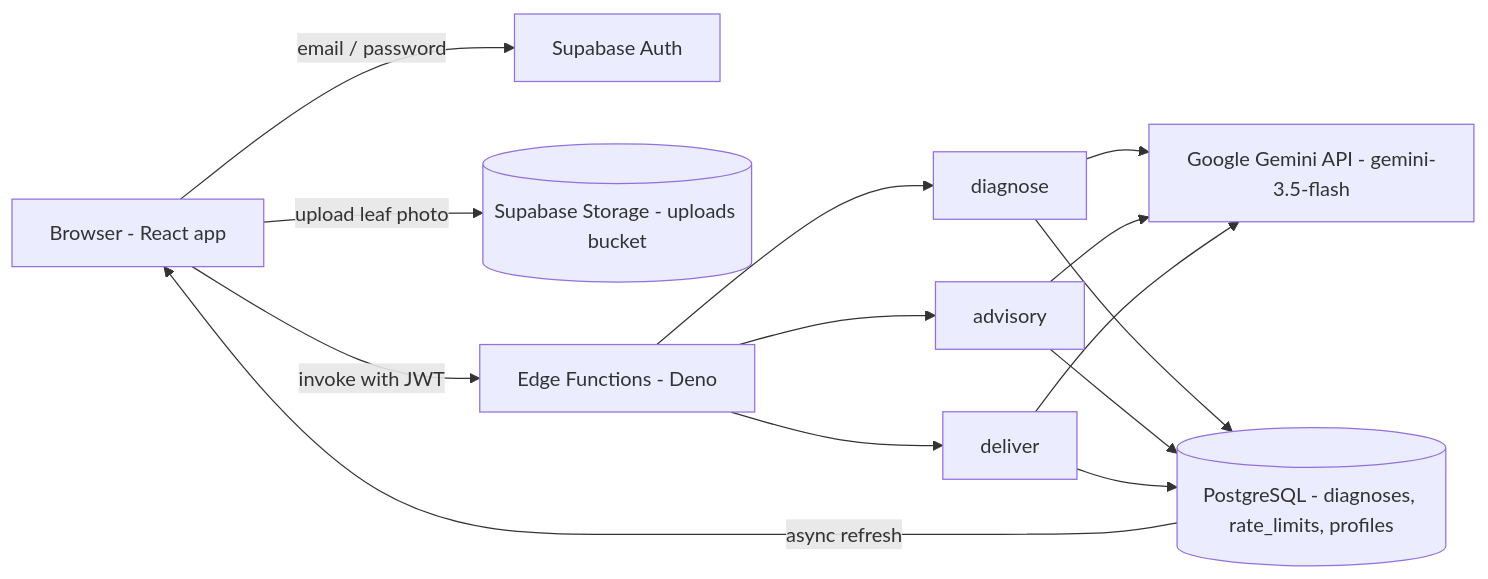
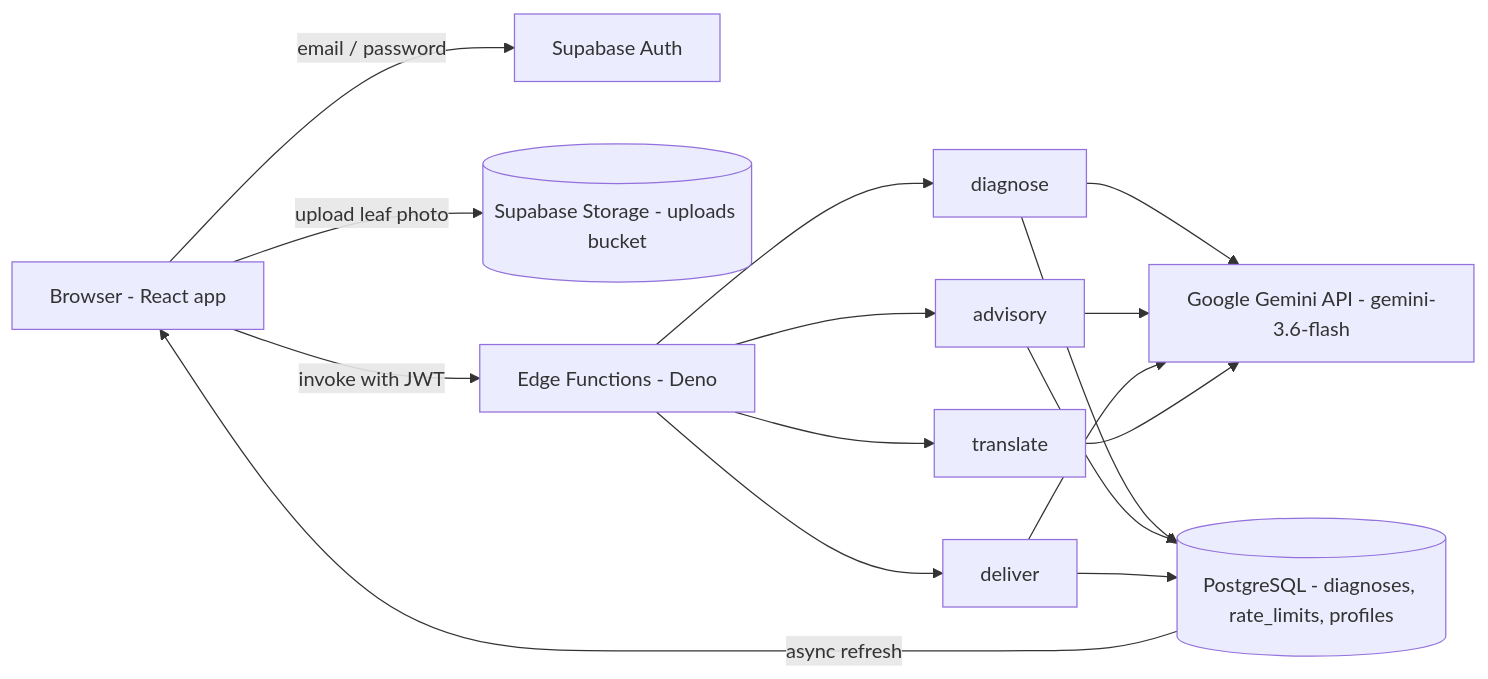
The diagram in ARCHITECTURE.md (the-nidhi-bhat/agrin-crop-advisor), drawn with Mermaid before and after one commit. The commit also changed other lines of this file and 2 other files, not shown here.

````diff
--- a/ARCHITECTURE.md
+++ b/ARCHITECTURE.md
@@ -7,16 +7,18 @@
 ```mermaid
 flowchart LR
     B[Browser - React app] -->|email / password| A[Supabase Auth]
     B -->|upload leaf photo| S[(Supabase Storage - uploads bucket)]
     B -->|invoke with JWT| E[Edge Functions - Deno]
     E --> D[diagnose]
     E --> AD[advisory]
     E --> DE[deliver]
-    D --> G[Google Gemini API - gemini-3.5-flash]
+    E --> TR[translate]
+    D --> G[Google Gemini API - gemini-3.6-flash]
     AD --> G
     DE --> G
+    TR --> G
     D --> P[(PostgreSQL - diagnoses, rate_limits, profiles)]
     AD --> P
     DE --> P
     P -->|async refresh| B
 ```
````
